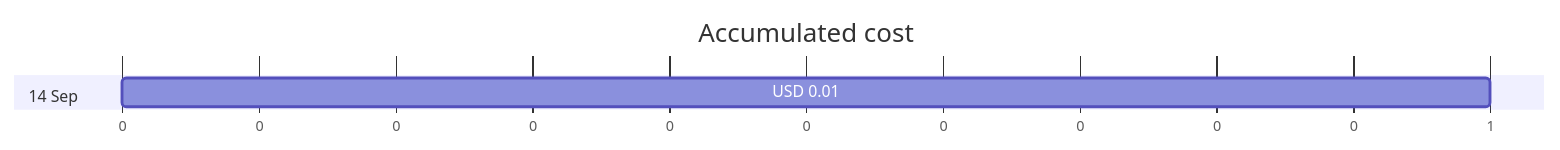
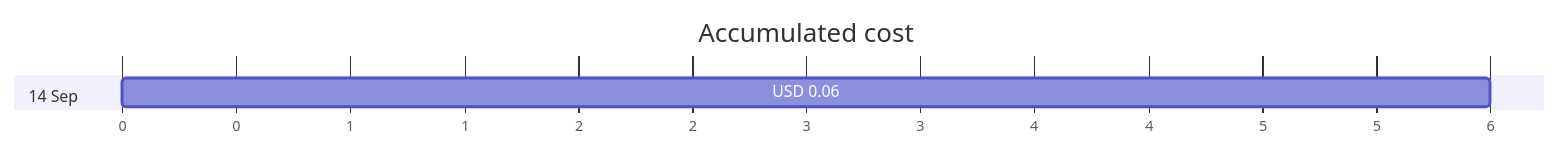
Before and after one commit to jpfulton/azure-personal-reports: the first of 4 diagrams in cost-reports/personal-network/backup-server_OsDisk.md, drawn with Mermaid. The commit also changed other lines of this file and 37 other files, not shown here.

````diff
--- a/cost-reports/personal-network/backup-server_OsDisk.md
+++ b/cost-reports/personal-network/backup-server_OsDisk.md
@@ -20,8 +20,8 @@
 ```mermaid
 gantt
    title Accumulated cost
    dateFormat  X
    axisFormat %s
    section 14 Sep
-   USD 0.01 :0, 1
+   USD 0.06 :0, 6
 ```
````
